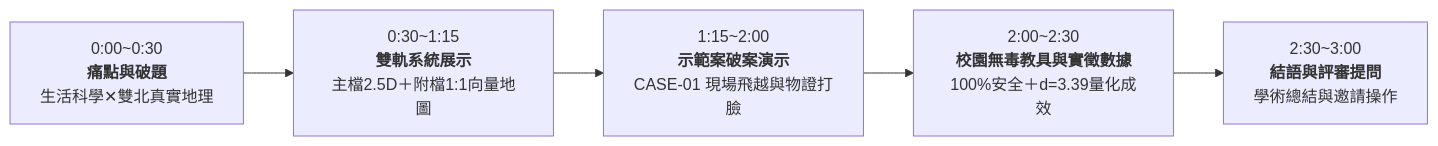
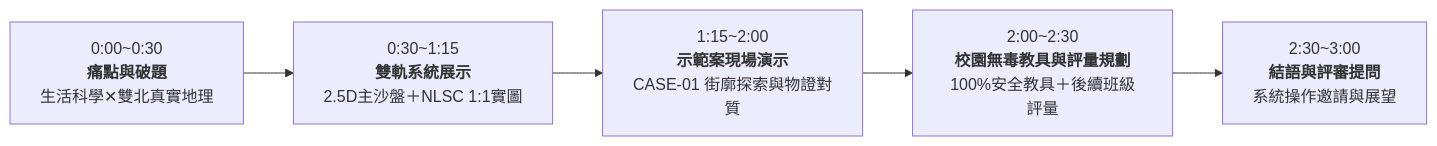
The second of 2 diagrams in PROPOSAL.md (hsiaoyujui114-code/city-pulse-detective), drawn with Mermaid before and after one commit. The commit also changed other lines of this file and 20 other files, not shown here.

````diff
--- a/PROPOSAL.md
+++ b/PROPOSAL.md
@@ -1409,7 +1453,7 @@
 ```mermaid
 flowchart LR
-    A["0:00~0:30<br><b>痛點與破題</b><br>生活科學✕雙北真實地理"] --> B["0:30~1:15<br><b>雙軌系統展示</b><br>主檔2.5D＋附檔1:1向量地圖"]
-    B --> C["1:15~2:00<br><b>示範案破案演示</b><br>CASE-01 現場飛越與物證打臉"]
-    C --> D["2:00~2:30<br><b>校園無毒教具與實徵數據</b><br>100%安全＋d=3.39量化成效"]
-    D --> E["2:30~3:00<br><b>結語與評審提問</b><br>學術總結與邀請操作"]
+    A["0:00~0:30<br><b>痛點與破題</b><br>生活科學✕雙北真實地理"] --> B["0:30~1:15<br><b>雙軌系統展示</b><br>2.5D主沙盤＋NLSC 1:1實圖"]
+    B --> C["1:15~2:00<br><b>示範案現場演示</b><br>CASE-01 街廓探索與物證對質"]
+    C --> D["2:00~2:30<br><b>校園無毒教具與評量規劃</b><br>100%安全教具＋後續班級評量"]
+    D --> E["2:30~3:00<br><b>結語與評審提問</b><br>系統操作邀請與展望"]
 ```
````
